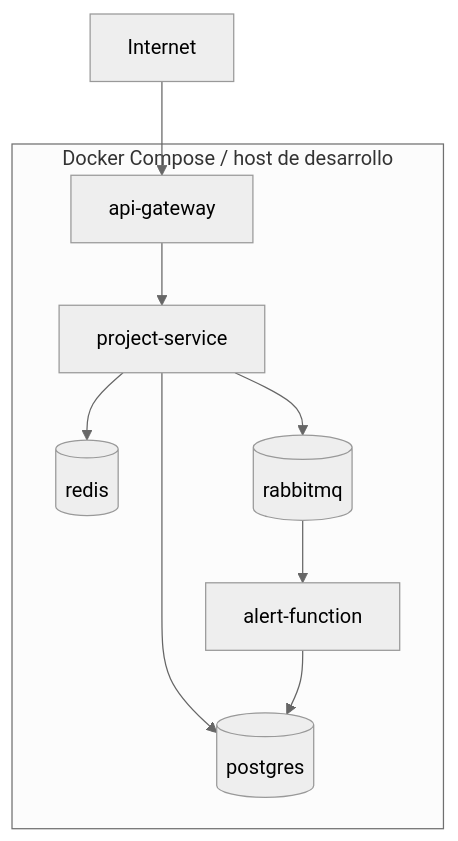
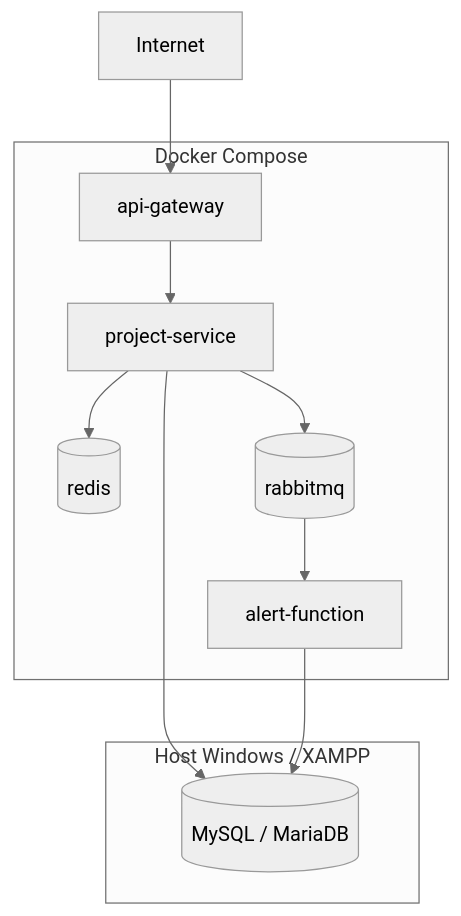
One commit to Elnuget/ControlPro-Academico changed the fourth of 4 diagrams in docs/architecture.md. Above: the diagram before and after it, drawn with Mermaid (neutral theme). The commit also changed other lines of this file and 26 other files, not shown here.

````diff
--- a/docs/architecture.md
+++ b/docs/architecture.md
@@ -40,15 +41,17 @@
 ```mermaid
 flowchart TB
-  subgraph Docker[Docker Compose / host de desarrollo]
+  subgraph Docker[Docker Compose]
     G[api-gateway]
     P[project-service]
     F[alert-function]
-    DB[(postgres)]
     C[(redis)]
     Q[(rabbitmq)]
+  end
+  subgraph XAMPP[Host Windows / XAMPP]
+    DB[(MySQL / MariaDB)]
   end
   Internet --> G --> P
   P --> DB
   P --> C
   P --> Q --> F --> DB
 ```
````
